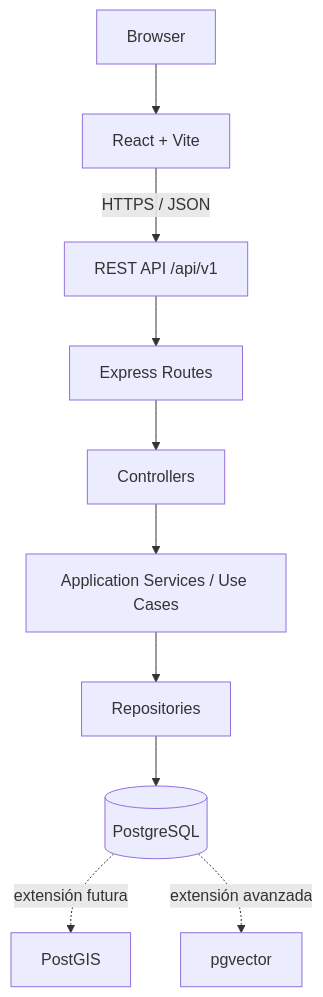
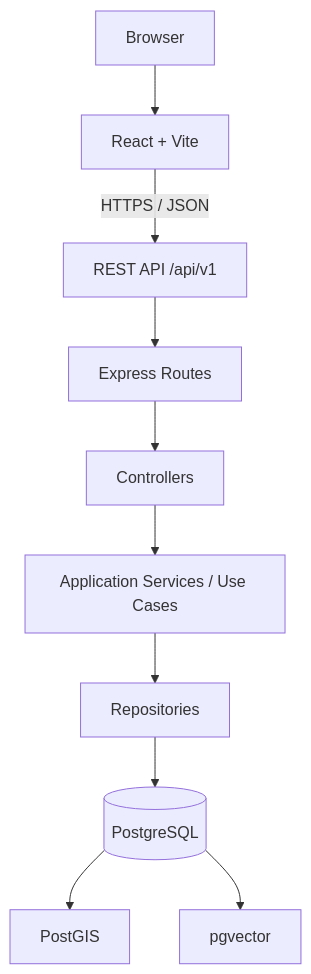
One commit to diegopanizo/red-huella changed the third of 9 diagrams in docs/ARCHITECTURE.md. Above: the diagram before and after it, drawn with Mermaid. The commit also changed other lines of this file and 8 other files, not shown here.

````diff
--- a/docs/ARCHITECTURE.md
+++ b/docs/ARCHITECTURE.md
@@ -119,12 +119,12 @@
 ```mermaid
 flowchart TD
     B[Browser] --> W[React + Vite]
     W -->|HTTPS / JSON| A[REST API /api/v1]
     A --> E[Express Routes]
     E --> C[Controllers]
     C --> S[Application Services / Use Cases]
     S --> R[Repositories]
     R --> P[(PostgreSQL)]
-    P -. extensión futura .-> G[PostGIS]
-    P -. extensión avanzada .-> V[pgvector]
+    P --> G[PostGIS]
+    P --> V[pgvector]
 ```
````
